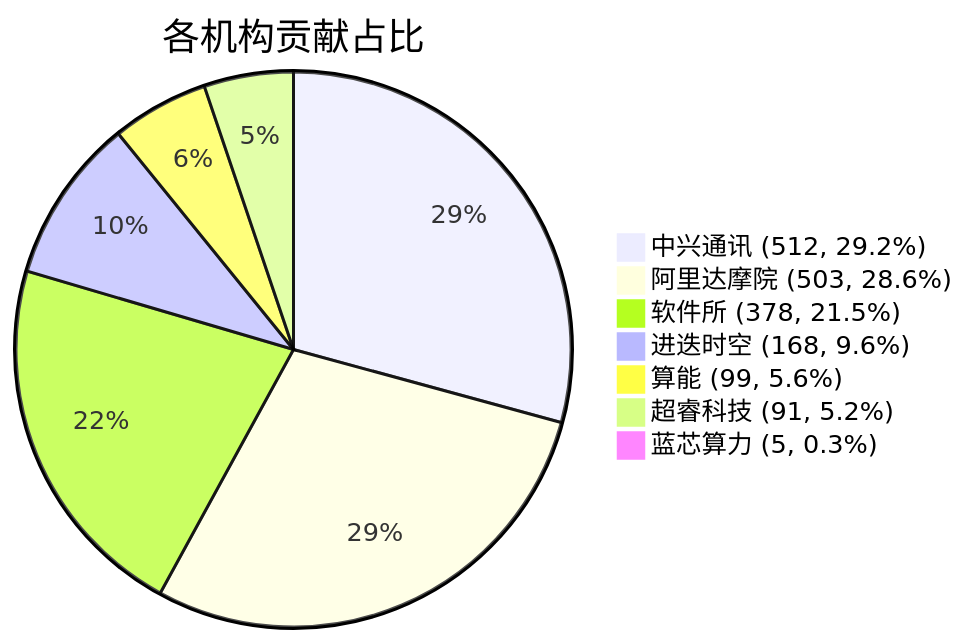
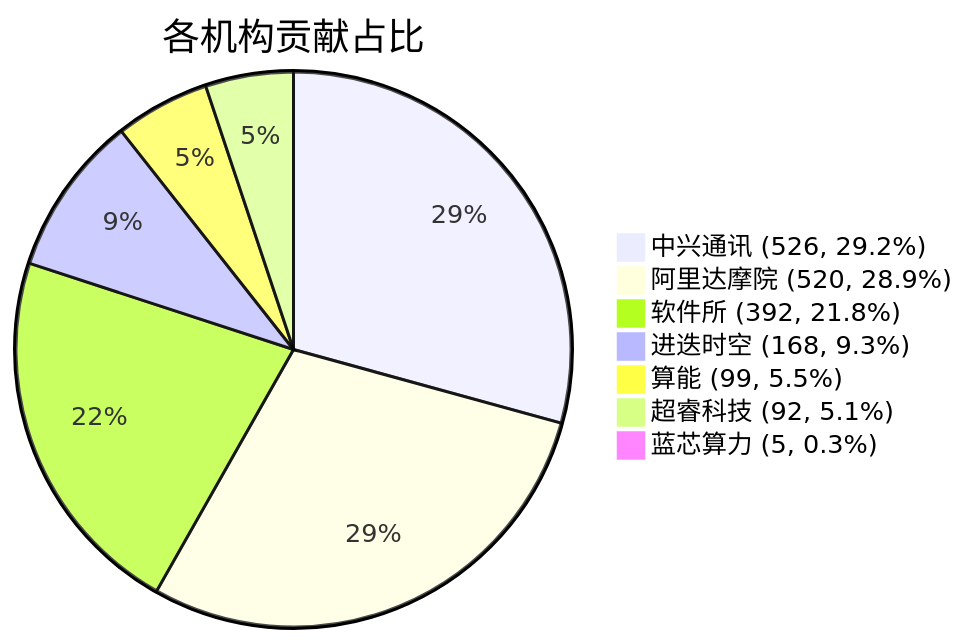
One commit to RVCK-Project/rvck changed the diagram in docs/index.md. Above: the diagram before and after it, drawn with Mermaid. The commit also changed other lines of this file and 25 other files, not shown here.

````diff
--- a/docs/index.md
+++ b/docs/index.md
@@ -34,10 +34,10 @@
 ```mermaid
 pie title 各机构贡献占比
-    "中兴通讯 (512, 29.2%)" : 512
-    "阿里达摩院 (503, 28.6%)" : 503
-    "软件所 (378, 21.5%)" : 378
-    "进迭时空 (168, 9.6%)" : 168
-    "算能 (99, 5.6%)" : 99
-    "超睿科技 (91, 5.2%)" : 91
+    "中兴通讯 (526, 29.2%)" : 526
+    "阿里达摩院 (520, 28.9%)" : 520
+    "软件所 (392, 21.8%)" : 392
+    "进迭时空 (168, 9.3%)" : 168
+    "算能 (99, 5.5%)" : 99
+    "超睿科技 (92, 5.1%)" : 92
     "蓝芯算力 (5, 0.3%)" : 5
 ```
````
